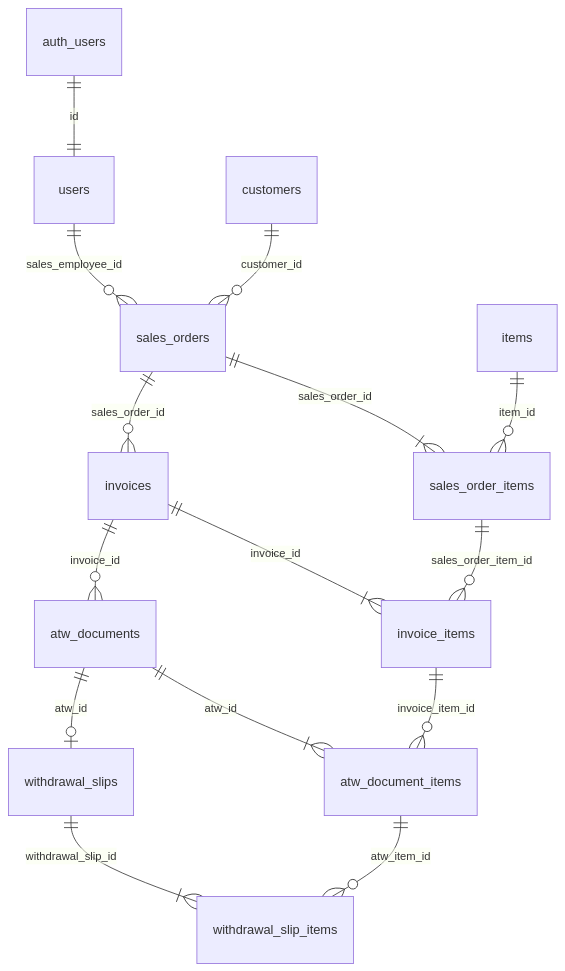
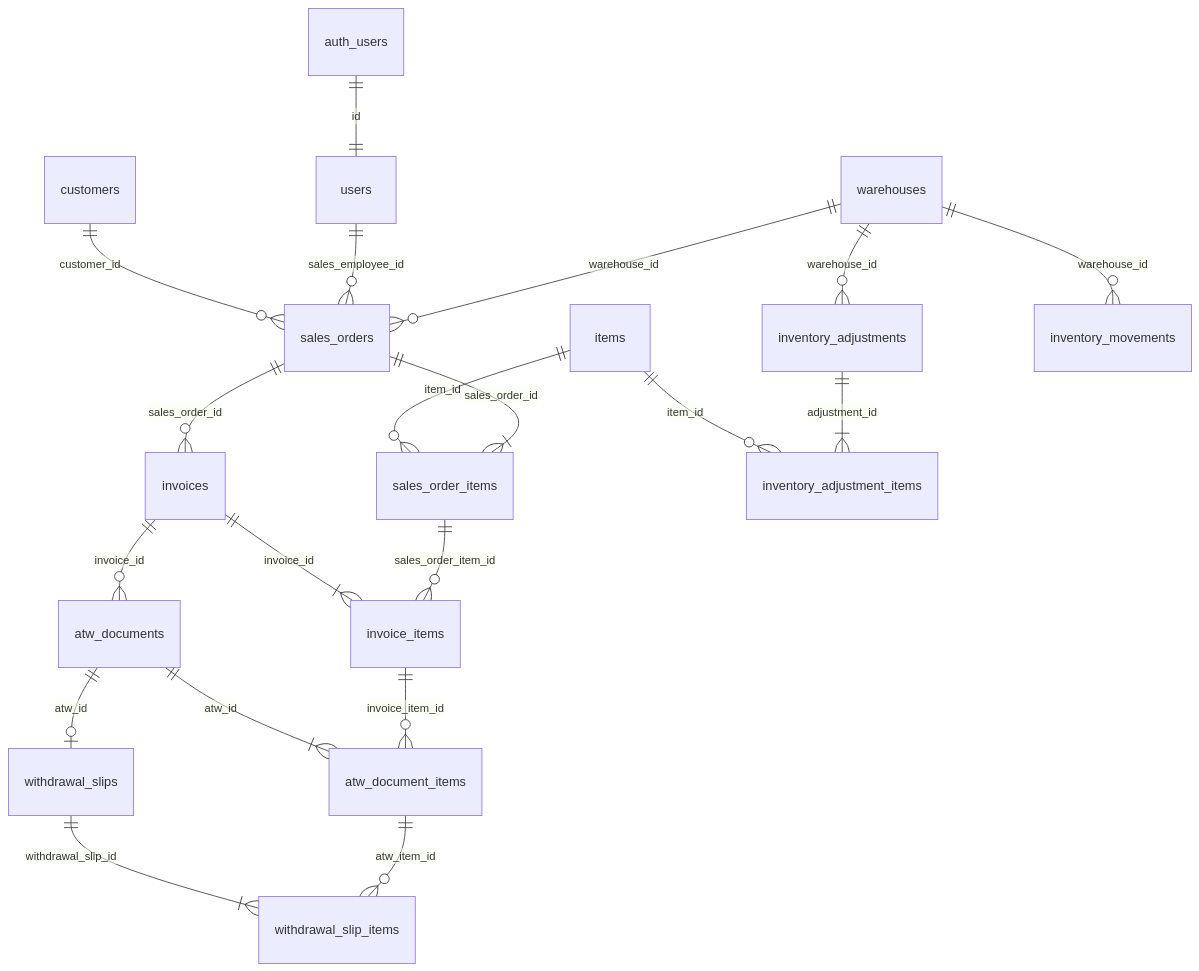
One commit to mtei-admin/equinox-sales-system changed the diagram in docs/database.md. Above: the diagram before and after it, drawn with Mermaid. The commit also changed other lines of this file and 53 other files, not shown here.

````diff
--- a/docs/database.md
+++ b/docs/database.md
@@ -25,17 +28,22 @@
 ```mermaid
 erDiagram
   auth_users ||--|| users : id
   customers ||--o{ sales_orders : customer_id
   users ||--o{ sales_orders : sales_employee_id
   items ||--o{ sales_order_items : item_id
   sales_orders ||--|{ sales_order_items : sales_order_id
   sales_orders ||--o{ invoices : sales_order_id
   invoices ||--|{ invoice_items : invoice_id
   sales_order_items ||--o{ invoice_items : sales_order_item_id
   invoices ||--o{ atw_documents : invoice_id
   atw_documents ||--|{ atw_document_items : atw_id
   invoice_items ||--o{ atw_document_items : invoice_item_id
   atw_documents ||--o| withdrawal_slips : atw_id
   withdrawal_slips ||--|{ withdrawal_slip_items : withdrawal_slip_id
   atw_document_items ||--o{ withdrawal_slip_items : atw_item_id
+  warehouses ||--o{ sales_orders : warehouse_id
+  warehouses ||--o{ inventory_adjustments : warehouse_id
+  warehouses ||--o{ inventory_movements : warehouse_id
+  items ||--o{ inventory_adjustment_items : item_id
+  inventory_adjustments ||--|{ inventory_adjustment_items : adjustment_id
 ```
````
